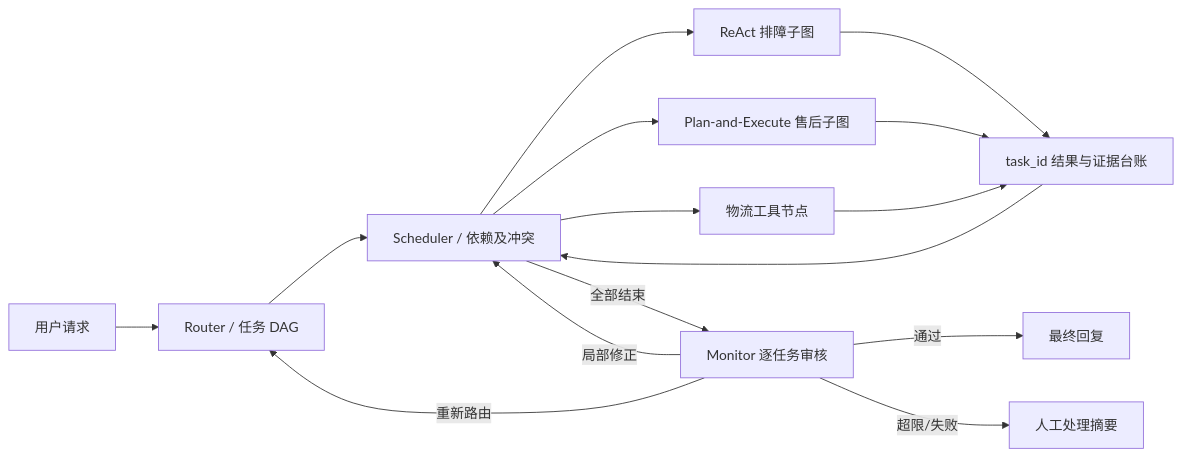
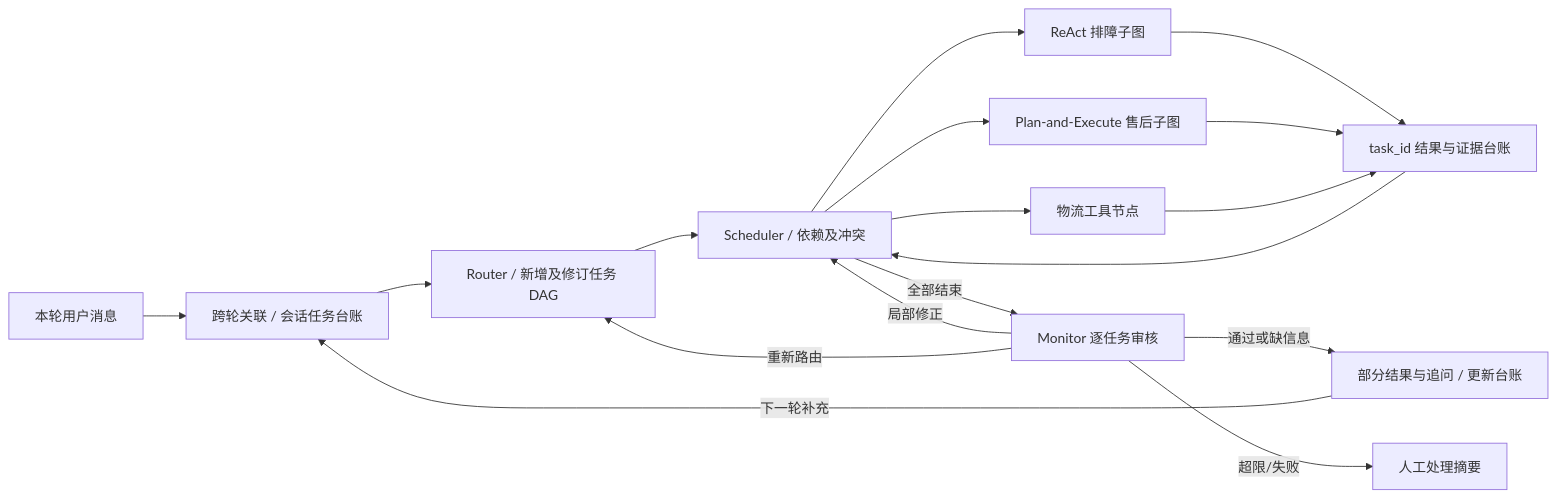
One commit to liaopeifan116-ui/DevMultiAgent changed the diagram in README.md. Above: the diagram before and after it, drawn with Mermaid. The commit also changed other lines of this file and 12 other files, not shown here.

````diff
--- a/README.md
+++ b/README.md
@@ -16,17 +18,19 @@
 ```mermaid
 flowchart LR
-    U[用户请求] --> R[Router / 任务 DAG]
+    U[本轮用户消息] --> C[跨轮关联 / 会话任务台账]
+    C --> R[Router / 新增及修订任务 DAG]
     R --> S[Scheduler / 依赖及冲突]
     S --> T[ReAct 排障子图]
     S --> A[Plan-and-Execute 售后子图]
     S --> L[物流工具节点]
     T --> D[task_id 结果与证据台账]
     A --> D
     L --> D
     D --> S
     S -->|全部结束| M[Monitor 逐任务审核]
-    M -->|通过| O[最终回复]
+    M -->|通过或缺信息| O[部分结果与追问 / 更新台账]
+    O -->|下一轮补充| C
     M -->|局部修正| S
     M -->|重新路由| R
     M -->|超限/失败| H[人工处理摘要]
 ```
````
